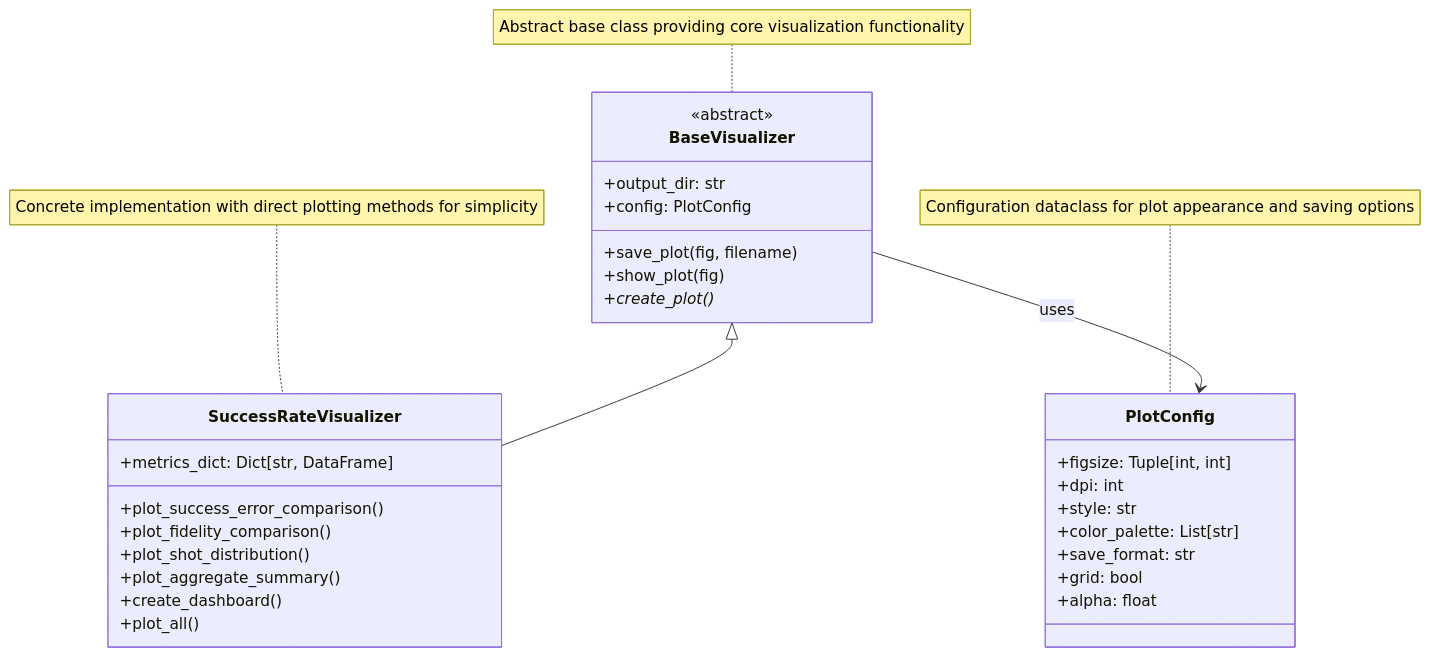
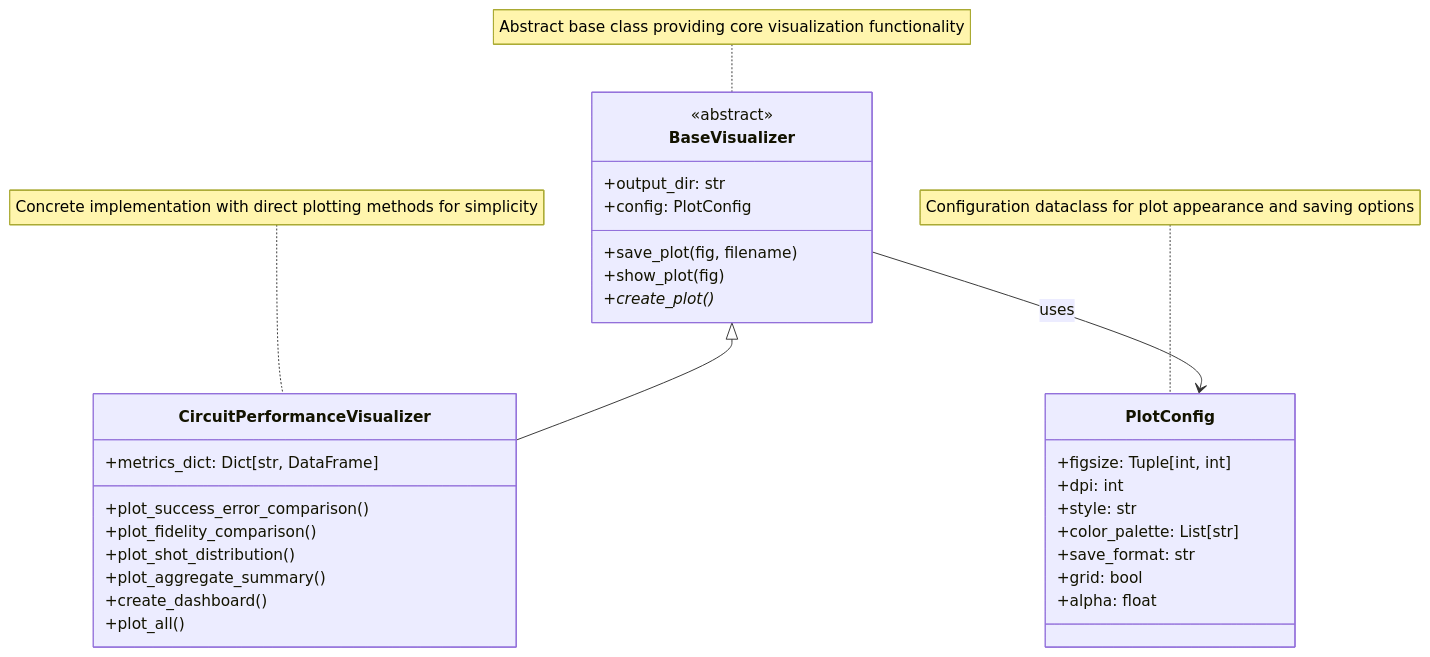
Before and after one commit to xthecapx/qiskit-qward: the fourth of 4 diagrams in docs/architecture.md, drawn with Mermaid. The commit also changed other lines of this file and 11 other files, not shown here.

First line of the commit message:
Refactor and enhance circuit performance metrics and visualization

````diff
--- a/docs/architecture.md
+++ b/docs/architecture.md
@@ -593,38 +592,38 @@
 ```{mermaid}
 classDiagram
     class BaseVisualizer {
         <<abstract>>
         +output_dir: str
         +config: PlotConfig
         +save_plot(fig, filename)
         +show_plot(fig)
         +create_plot()*
     }
     
     class PlotConfig {
         +figsize: Tuple[int, int]
         +dpi: int
         +style: str
         +color_palette: List[str]
         +save_format: str
         +grid: bool
         +alpha: float
     }
     
-    class SuccessRateVisualizer {
+    class CircuitPerformanceVisualizer {
         +metrics_dict: Dict[str, DataFrame]
         +plot_success_error_comparison()
         +plot_fidelity_comparison()
         +plot_shot_distribution()
         +plot_aggregate_summary()
         +create_dashboard()
         +plot_all()
     }
 
-    BaseVisualizer <|-- SuccessRateVisualizer
+    BaseVisualizer <|-- CircuitPerformanceVisualizer
     BaseVisualizer --> PlotConfig : uses
     
     note for BaseVisualizer "Abstract base class providing core visualization functionality"
-    note for SuccessRateVisualizer "Concrete implementation with direct plotting methods for simplicity"
+    note for CircuitPerformanceVisualizer "Concrete implementation with direct plotting methods for simplicity"
     note for PlotConfig "Configuration dataclass for plot appearance and saving options"
 ```
````
